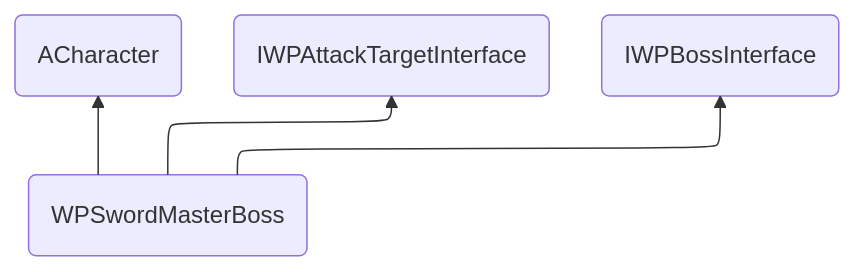
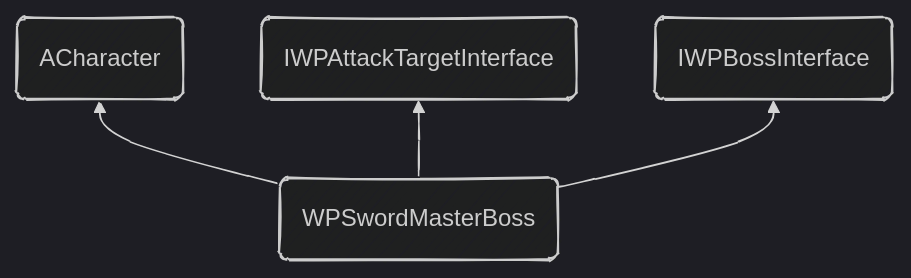
The second of 4 diagrams in _posts/game_dev/portfolio/2025-11-25-JAD_EnemyUnit.md (SoftHamzzi/SoftHamzzi.github.io), drawn with Mermaid before and after one commit. The commit also changed other lines of this file and 2 other files, not shown here.

First line of the commit message:
fix: mermaid 사용성 증대

````diff
--- a/_posts/game_dev/portfolio/2025-11-25-JAD_EnemyUnit.md
+++ b/_posts/game_dev/portfolio/2025-11-25-JAD_EnemyUnit.md
@@ -69,14 +69,16 @@
-<div class="mermaid">
+```mermaid
 ---
 config:
-  layout: elk
+  layout: dagre
+  theme: dark
+  look: handDrawn
 ---
 flowchart BT
-		A("ACharacter")
-		B("IWPAttackTargetInterface")
-		C("IWPBossInterface")
+	A("ACharacter")
+	B("IWPAttackTargetInterface")
+	C("IWPBossInterface")
     
-	  B1("WPSwordMasterBoss") --> A
-	  B1 --> B
-	  B1 --> C
-</div>
+	B1("WPSwordMasterBoss") --> A
+	B1 --> B
+	B1 --> C
+```
````
